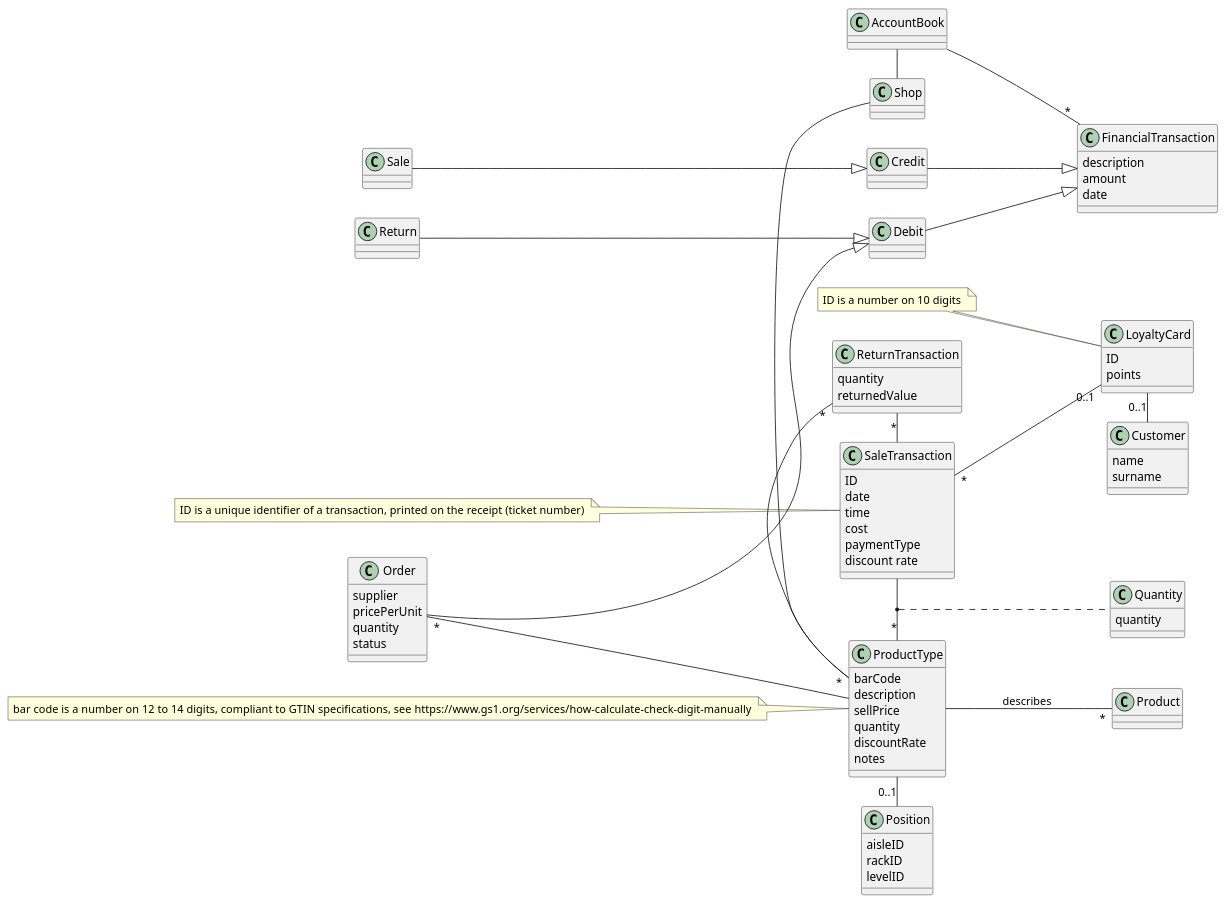
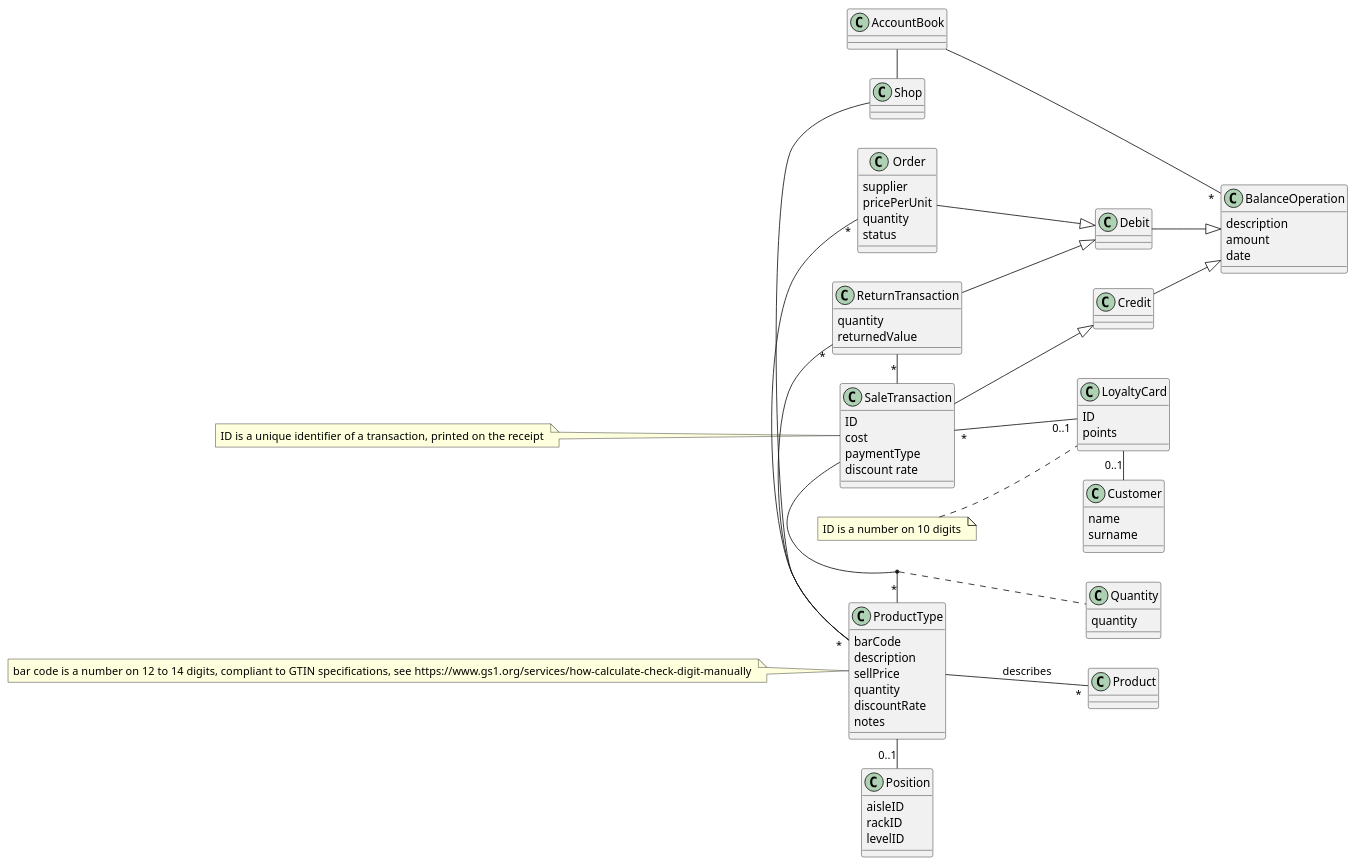
The third of 5 diagrams in OfficialRequirements.md (andreadimax/EZShop), drawn with PlantUML before and after one commit. The commit also changed other lines of this file, not shown here.

````diff
--- a/OfficialRequirements.md
+++ b/OfficialRequirements.md
@@ -790,26 +799,25 @@
 class Shop
 class AccountBook 
 AccountBook - Shop
-class FinancialTransaction {
+class BalanceOperation {
  description
  amount
  date
 }
-AccountBook -- "*" FinancialTransaction
+AccountBook -- "*" BalanceOperation
 
 class Credit 
 class Debit
 
-Credit --|> FinancialTransaction
-Debit --|> FinancialTransaction
+Credit --|> BalanceOperation
+Debit --|> BalanceOperation
 
 class Order
-class Sale
-class Return
+
 
 Order --|> Debit
-Sale --|> Credit
-Return --|> Debit
+SaleTransaction --|> Credit
+ReturnTransaction --|> Debit
 
 
 class ProductType{
@@ -825,8 +833,6 @@
 
 class SaleTransaction {
     ID 
-    date
-    time
     cost
     paymentType
     discount rate
@@ -887,7 +893,7 @@
 N1 .. LoyaltyCard
 note "bar code is a number on 12 to 14  digits, compliant to GTIN specifications, see  https://www.gs1.org/services/how-calculate-check-digit-manually " as N2  
 N2 .. ProductType
-note "ID is a unique identifier of a transaction,  printed on the receipt (ticket number) " as N3
+note "ID is a unique identifier of a transaction,  printed on the receipt " as N3
 N3 .. SaleTransaction
 
 ```
````
